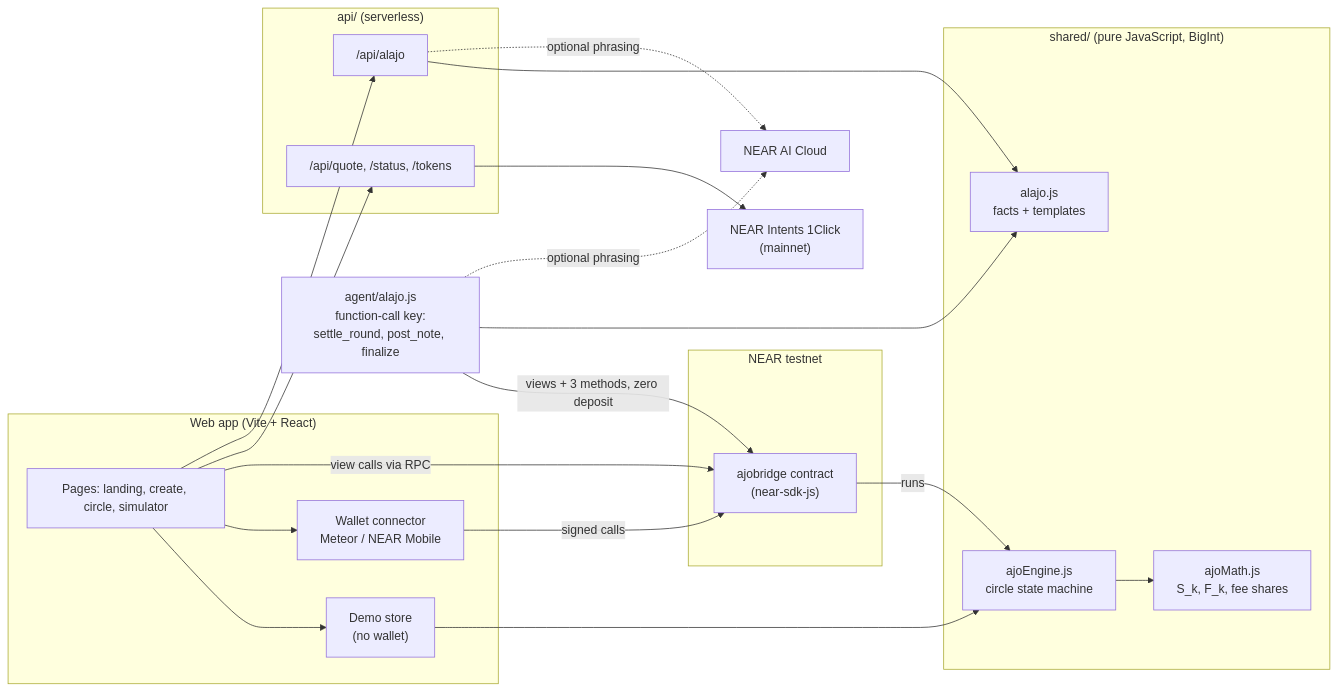
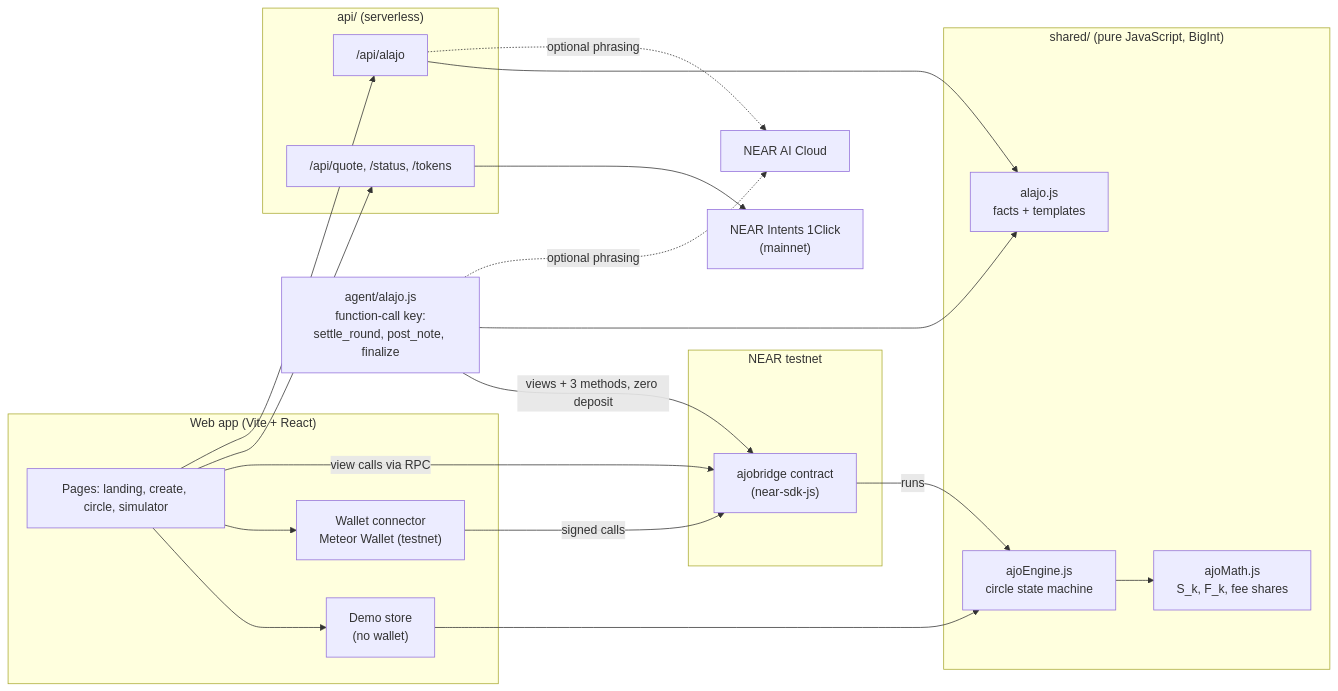
Before and after one commit to Eric-65/Ajo-Bridge: the diagram in README.md, drawn with Mermaid. The commit also changed other lines of this file and 10 other files, not shown here.

First line of the commit message:
Connect Wallet button, animated highlight words, one-tap testnet deploy

````diff
--- a/README.md
+++ b/README.md
@@ -174,39 +175,39 @@
 ```mermaid
 flowchart LR
   subgraph Browser["Web app (Vite + React)"]
     UI["Pages: landing, create, circle, simulator"]
     DEMO["Demo store<br/>(no wallet)"]
-    WAL["Wallet connector<br/>Meteor / NEAR Mobile"]
+    WAL["Wallet connector<br/>Meteor Wallet (testnet)"]
   end
 
   subgraph Shared["shared/ (pure JavaScript, BigInt)"]
     MATH["ajoMath.js<br/>S_k, F_k, fee shares"]
     ENG["ajoEngine.js<br/>circle state machine"]
     AL["alajo.js<br/>facts + templates"]
   end
 
   subgraph Vercel["api/ (serverless)"]
     Q["/api/quote, /status, /tokens"]
     A["/api/alajo"]
   end
 
   subgraph NEARt["NEAR testnet"]
     C["ajobridge contract<br/>(near-sdk-js)"]
   end
 
   AG["agent/alajo.js<br/>function-call key:<br/>settle_round, post_note, finalize"]
   ONE["NEAR Intents 1Click<br/>(mainnet)"]
   AI["NEAR AI Cloud"]
 
   UI --> DEMO --> ENG
   UI --> WAL -->|signed calls| C
   UI -->|view calls via RPC| C
   C -->|runs| ENG
   ENG --> MATH
   UI --> Q --> ONE
   UI --> A --> AL
   A -.->|optional phrasing| AI
   AG -->|views + 3 methods, zero deposit| C
   AG --> AL
   AG -.->|optional phrasing| AI
 ```
````
